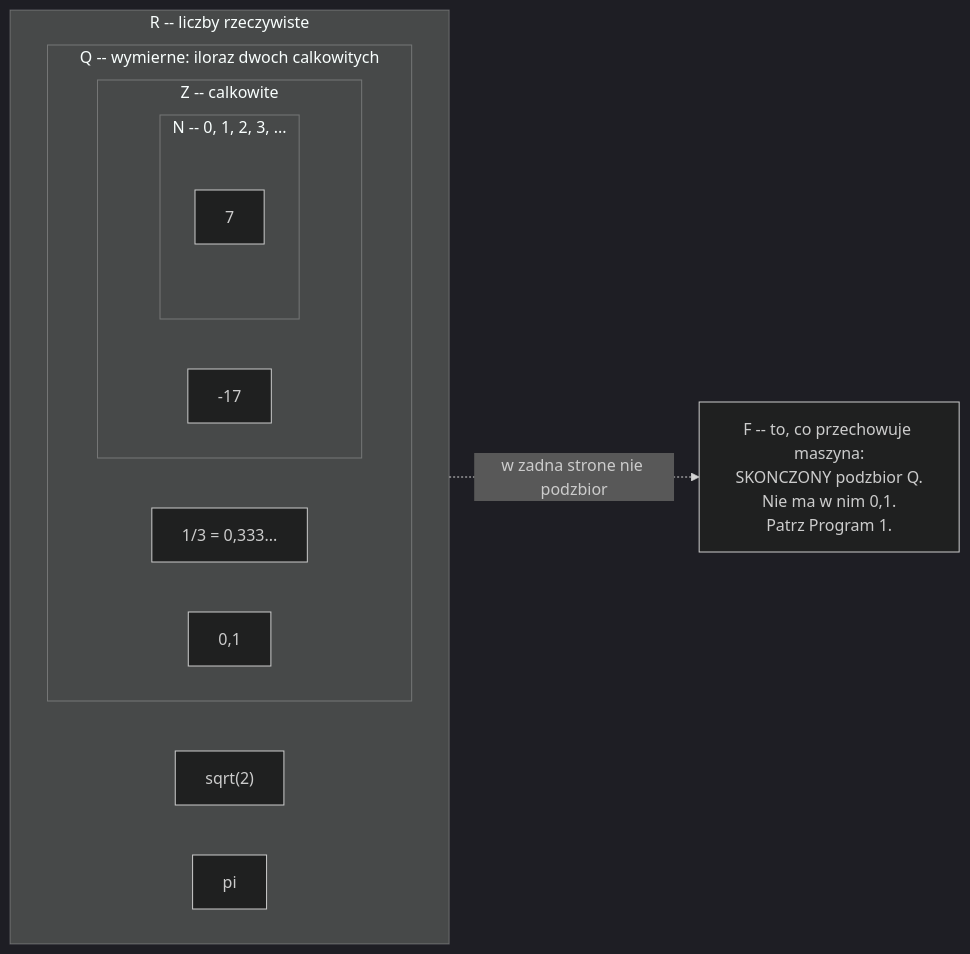
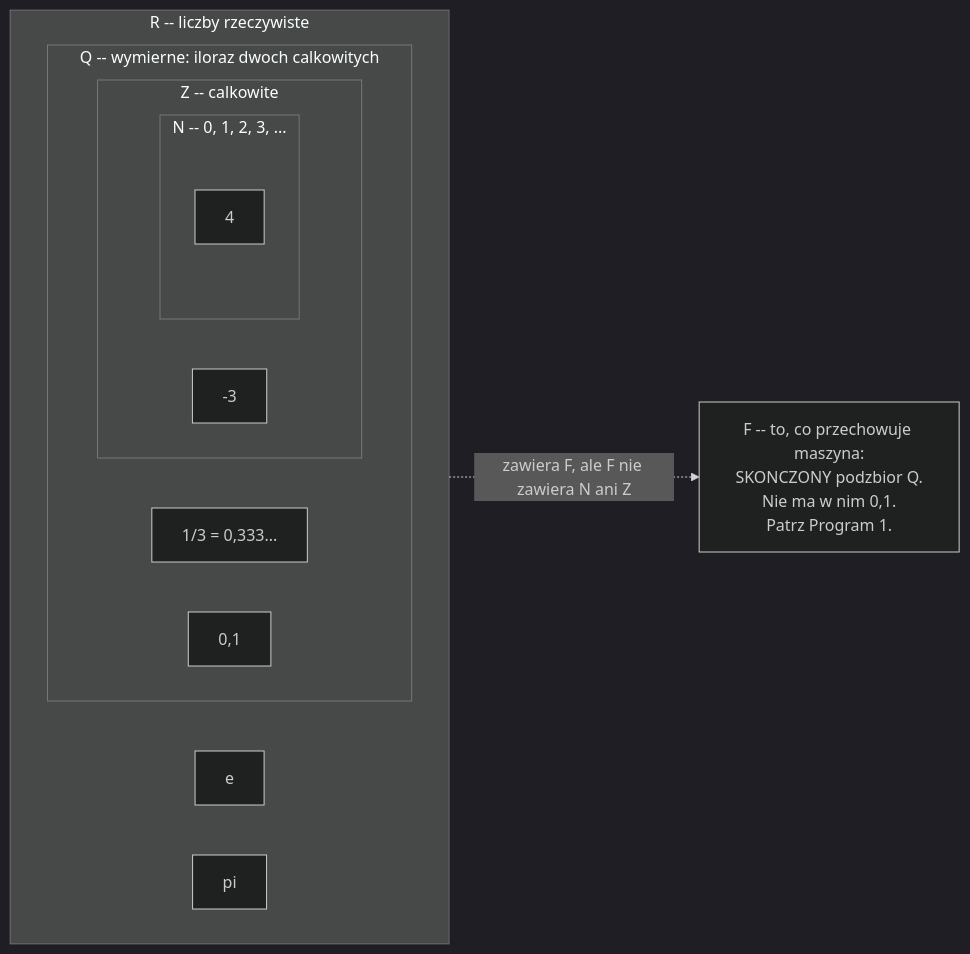
The diagram in figures/mermaid/pl/f01-number-sets.mmd (konradcinkusz/math-for-ai-engineers), drawn with Mermaid (dark theme) before and after one commit. The commit also changed 22 other files, not shown here.

```diff
--- a/figures/mermaid/pl/f01-number-sets.mmd
+++ b/figures/mermaid/pl/f01-number-sets.mmd
@@ -1,21 +1,21 @@
 flowchart LR
   subgraph R["R -- liczby rzeczywiste"]
     direction LR
     subgraph Q["Q -- wymierne: iloraz dwoch calkowitych"]
       direction LR
       subgraph Z["Z -- calkowite"]
         direction LR
         subgraph N["N -- 0, 1, 2, 3, ..."]
-          n1["7"]
+          n1["4"]
         end
-        z1["-17"]
+        z1["-3"]
       end
       q1["1/3 = 0,333..."]
       q2["0,1"]
     end
-    r1["sqrt(2)"]
+    r1["e"]
     r2["pi"]
   end
 
   F["F -- to, co przechowuje maszyna:<br/>SKONCZONY podzbior Q.<br/>Nie ma w nim 0,1.<br/>Patrz Program 1."]
-  Q -. "w zadna strone nie podzbior" .-> F
+  Q -. "zawiera F, ale F nie zawiera N ani Z" .-> F
```
